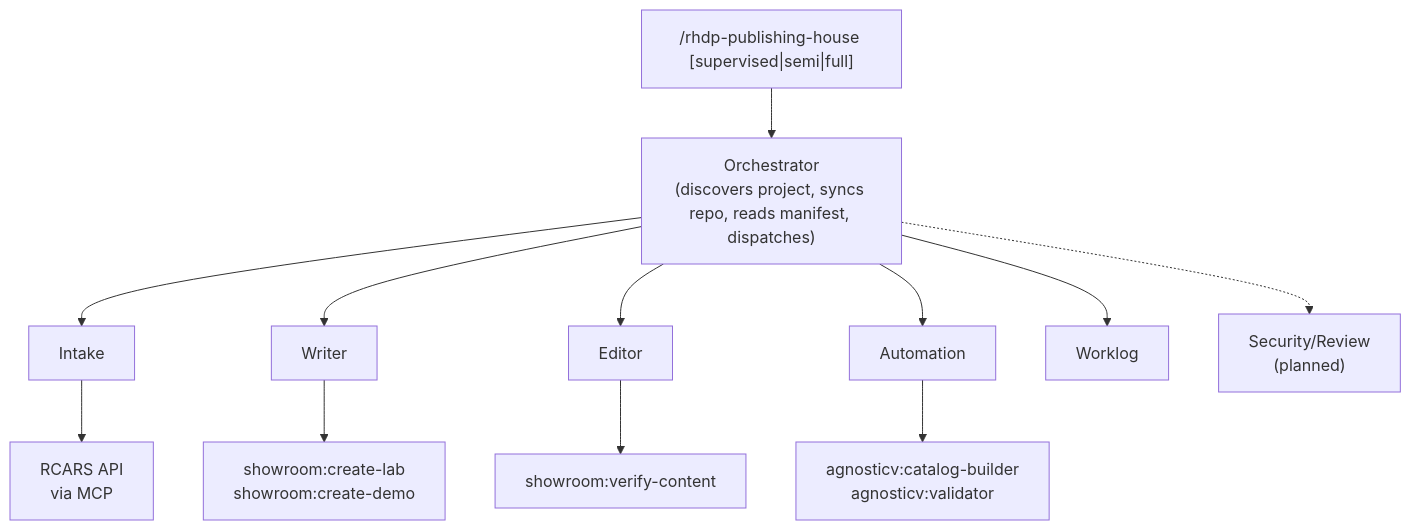
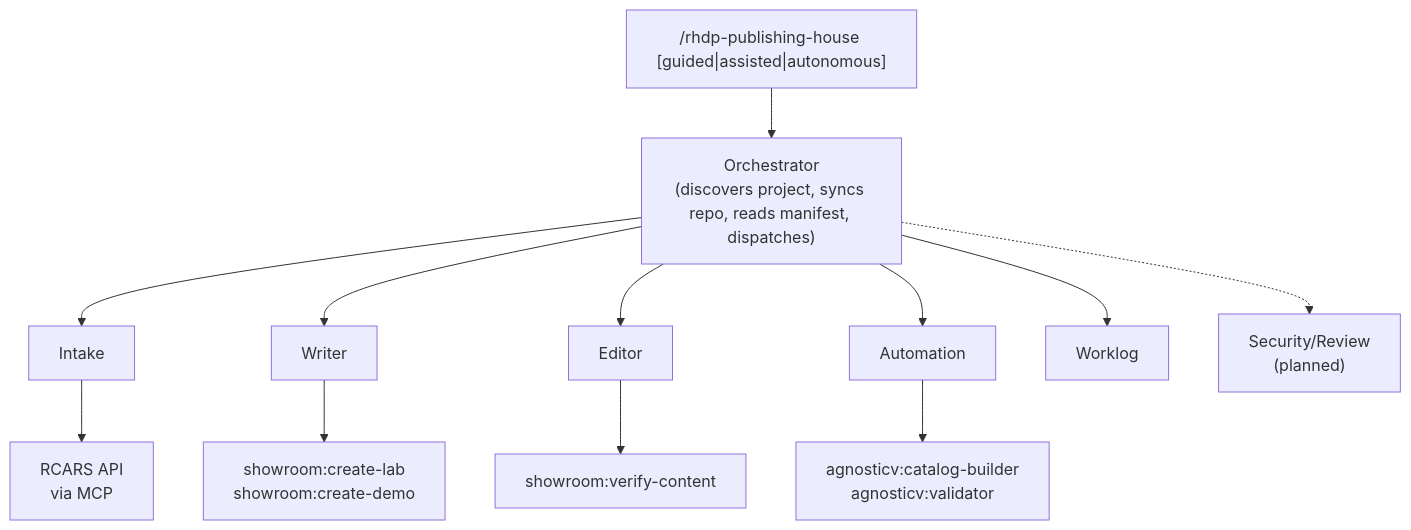
Before and after one commit to treddy08/rhdp-publishing-house: the first of 2 diagrams in docs/how-it-works.md, drawn with Mermaid. The commit also changed other lines of this file and 5 other files, not shown here.

First line of the commit message:
Rename autonomy modes: supervised→guided, semi→assisted, full→autonomous

````diff
--- a/docs/how-it-works.md
+++ b/docs/how-it-works.md
@@ -7,15 +7,15 @@
 ```mermaid
 graph TD
-    CMD["/rhdp-publishing-house [supervised|semi|full]"] --> O["Orchestrator<br/>(discovers project, syncs repo, reads manifest, dispatches)"]
+    CMD["/rhdp-publishing-house [guided|assisted|autonomous]"] --> O["Orchestrator<br/>(discovers project, syncs repo, reads manifest, dispatches)"]
     O --> I[Intake]
     O --> W[Writer]
     O --> Ed[Editor]
     O --> Au[Automation]
     O --> Wl[Worklog]
     O -.-> SR["Security/Review<br/>(planned)"]
 
     I --> RCARS[RCARS API<br/>via MCP]
     W --> SL["showroom:create-lab<br/>showroom:create-demo"]
     Ed --> SV[showroom:verify-content]
     Au --> AV["agnosticv:catalog-builder<br/>agnosticv:validator"]
 ```
````
